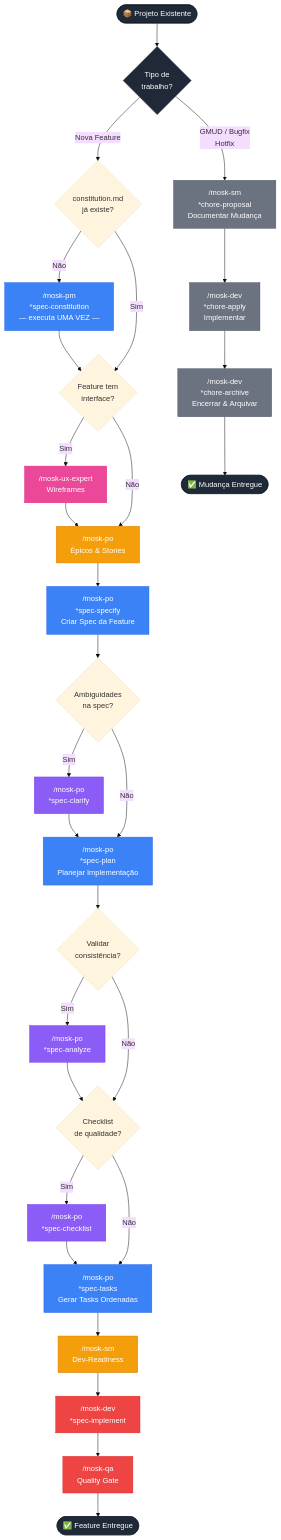
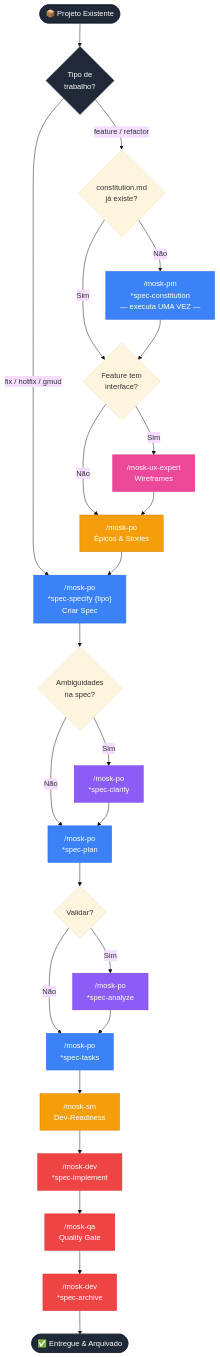
One commit to rogerznts/mosk changed the second of 2 diagrams in README.md. Above: the diagram before and after it, drawn with Mermaid (base theme). The commit also changed other lines of this file and 14 other files, not shown here.

Commit message:
feat: Unify change management under SpecKit pipeline by introducing spec types and archiving, replacing the deprecated chore mode tasks.

````diff
--- a/README.md
+++ b/README.md
@@ -188,80 +185,62 @@
 ```mermaid
 flowchart TD
     Start(["📦 Projeto Existente"]) --> WT{"Tipo de
     trabalho?"}
 
-    WT -->|"Nova Feature"| CQ{"constitution.md
+    WT -->|"feature / refactor"| CQ{"constitution.md
     já existe?"}
+    WT -->|"fix / hotfix / gmud"| S
+
     CQ -->|Não| C["/mosk-pm
     *spec-constitution
     — executa UMA VEZ —"]
     CQ -->|Sim| UXQ
     C --> UXQ{"Feature tem
     interface?"}
     UXQ -->|Sim| UX["/mosk-ux-expert
     Wireframes"]
     UXQ -->|Não| PO
     UX --> PO["/mosk-po
     Épicos & Stories"]
     PO --> S["/mosk-po
-    *spec-specify
-    Criar Spec da Feature"]
+    *spec-specify {tipo}
+    Criar Spec"]
 
     S --> AQ{"Ambiguidades
     na spec?"}
     AQ -->|Sim| CL["/mosk-po
     *spec-clarify"]
     AQ -->|Não| P
     CL --> P["/mosk-po
-    *spec-plan
-    Planejar Implementação"]
-    P --> VQ{"Validar
-    consistência?"}
+    *spec-plan"]
+    P --> VQ{"Validar?"}
     VQ -->|Sim| AN["/mosk-po
     *spec-analyze"]
-    VQ -->|Não| CHQ
-    AN --> CHQ{"Checklist
-    de qualidade?"}
-    CHQ -->|Sim| CH["/mosk-po
-    *spec-checklist"]
-    CHQ -->|Não| T
-    CH --> T["/mosk-po
-    *spec-tasks
-    Gerar Tasks Ordenadas"]
+    VQ -->|Não| T
+    AN --> T["/mosk-po
+    *spec-tasks"]
 
     T --> SM["/mosk-sm
     Dev-Readiness"]
     SM --> DI["/mosk-dev
     *spec-implement"]
     DI --> QA["/mosk-qa
     Quality Gate"]
-    QA --> FD(["✅ Feature Entregue"])
-
-    WT -->|"GMUD / Bugfix
-    Hotfix"| PR["/mosk-sm
-    *chore-proposal
-    Documentar Mudança"]
-    PR --> AP["/mosk-dev
-    *chore-apply
-    Implementar"]
-    AP --> AR["/mosk-dev
-    *chore-archive
-    Encerrar & Arquivar"]
-    AR --> CD(["✅ Mudança Entregue"])
+    QA --> AR["/mosk-dev
+    *spec-archive"]
+    AR --> FD(["✅ Entregue & Arquivado"])
 
     classDef ux fill:#ec4899,stroke:#db2777,color:#fff
     classDef speckit fill:#3b82f6,stroke:#2563eb,color:#fff
     classDef optional fill:#8b5cf6,stroke:#7c3aed,color:#fff
     classDef stories fill:#f59e0b,stroke:#d97706,color:#fff
     classDef impl fill:#ef4444,stroke:#dc2626,color:#fff
-    classDef chore fill:#6b7280,stroke:#4b5563,color:#fff
     classDef endpoint fill:#1f2937,stroke:#111827,color:#fff
 
     class UX ux
     class C,S,P,T speckit
-    class CL,AN,CH optional
+    class CL,AN optional
     class PO,SM stories
-    class DI,QA impl
-    class PR,AP,AR chore
-    class Start,FD,CD,WT endpoint
+    class DI,QA,AR impl
+    class Start,FD,WT endpoint
 ```
````
